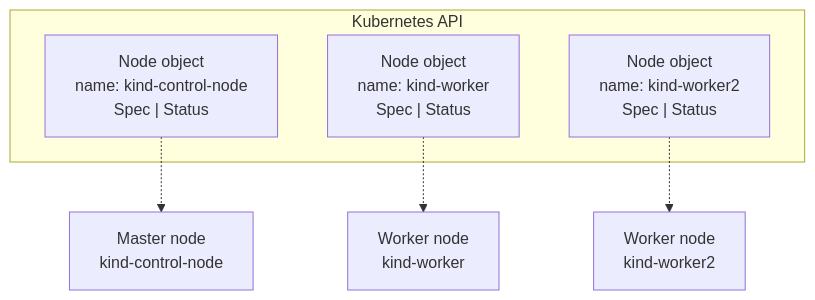
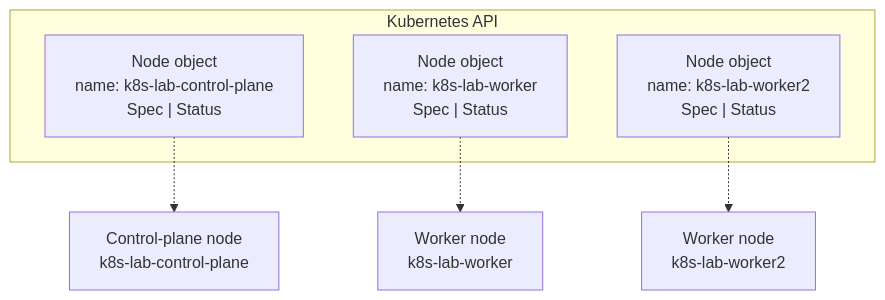
The first of 2 diagrams in write/08_cloud/book/kubernetes-in-action/04-02.Node와 Event 오브젝트로 보는 필드 실습.md (scofe97/StduyWrite), drawn with Mermaid before and after one commit. The commit also changed other lines of this file and 2 other files, not shown here.

First line of the commit message:
[StduyWrite] docs: k8s-in-action 04-02 Node·Event 필드 실습 실측 보강 + 04-01 가독성 정리

````diff
--- a/write/08_cloud/book/kubernetes-in-action/04-02.Node와 Event 오브젝트로 보는 필드 실습.md
+++ b/write/08_cloud/book/kubernetes-in-action/04-02.Node와 Event 오브젝트로 보는 필드 실습.md
@@ -44,11 +48,11 @@
 ```mermaid
 flowchart TB
     subgraph api["Kubernetes API"]
-        n1["Node object<br>name: kind-control-node<br>Spec | Status"]
-        n2["Node object<br>name: kind-worker<br>Spec | Status"]
-        n3["Node object<br>name: kind-worker2<br>Spec | Status"]
+        n1["Node object<br>name: k8s-lab-control-plane<br>Spec | Status"]
+        n2["Node object<br>name: k8s-lab-worker<br>Spec | Status"]
+        n3["Node object<br>name: k8s-lab-worker2<br>Spec | Status"]
     end
-    n1 -.-> m["Master node<br>kind-control-node"]
-    n2 -.-> w1["Worker node<br>kind-worker"]
-    n3 -.-> w2["Worker node<br>kind-worker2"]
+    n1 -.-> m["Control-plane node<br>k8s-lab-control-plane"]
+    n2 -.-> w1["Worker node<br>k8s-lab-worker"]
+    n3 -.-> w2["Worker node<br>k8s-lab-worker2"]
 ```
````
